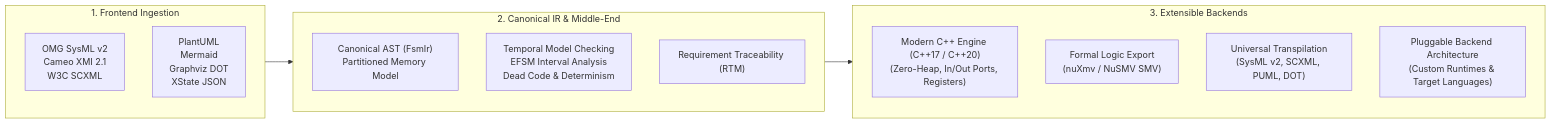
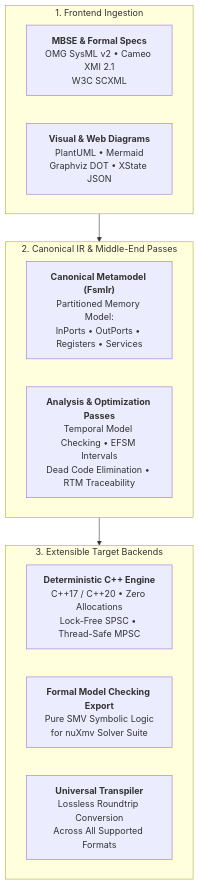
Before and after one commit to simoneCavalleri/fsmc: the diagram in README.md, drawn with Mermaid.

Commit message:
docs(readme): render Welcome architecture diagram vertically with balanced text wrapping

````diff
--- a/README.md
+++ b/README.md
@@ -30,23 +30,21 @@
 ```mermaid
-flowchart LR
+flowchart TD
     subgraph Ingestion["1. Frontend Ingestion"]
-        SysML["OMG SysML v2<br/>Cameo XMI 2.1<br/>W3C SCXML"]
-        Diagrams["PlantUML<br/>Mermaid<br/>Graphviz DOT<br/>XState JSON"]
+        SysML["<b>MBSE & Formal Specs</b><br/>OMG SysML v2 • Cameo XMI 2.1<br/>W3C SCXML"]
+        Diagrams["<b>Visual & Web Diagrams</b><br/>PlantUML • Mermaid<br/>Graphviz DOT • XState JSON"]
     end
 
-    subgraph Compiler["2. Canonical IR & Middle-End"]
-        IR["Canonical AST (FsmIr)<br/>Partitioned Memory Model"]
-        Verify["Temporal Model Checking<br/>EFSM Interval Analysis<br/>Dead Code & Determinism"]
-        RTM["Requirement Traceability (RTM)"]
+    subgraph Compiler["2. Canonical IR & Middle-End Passes"]
+        IR["<b>Canonical Metamodel (FsmIr)</b><br/>Partitioned Memory Model:<br/>InPorts • OutPorts • Registers • Services"]
+        Passes["<b>Analysis & Optimization Passes</b><br/>Temporal Model Checking • EFSM Intervals<br/>Dead Code Elimination • RTM Traceability"]
     end
 
-    subgraph Targets["3. Extensible Backends"]
-        CPP["Modern C++ Engine (C++17 / C++20)<br/>(Zero-Heap, In/Out Ports, Registers)"]
-        SMV["Formal Logic Export<br/>(nuXmv / NuSMV SMV)"]
-        Transpile["Universal Transpilation<br/>(SysML v2, SCXML, PUML, DOT)"]
-        Extensible["Pluggable Backend Architecture<br/>(Custom Runtimes & Target Languages)"]
+    subgraph Targets["3. Extensible Target Backends"]
+        CPP["<b>Deterministic C++ Engine</b><br/>C++17 / C++20 • Zero Allocations<br/>Lock-Free SPSC • Thread-Safe MPSC"]
+        SMV["<b>Formal Model Checking Export</b><br/>Pure SMV Symbolic Logic<br/>for nuXmv Solver Suite"]
+        Transpile["<b>Universal Transpiler</b><br/>Lossless Roundtrip Conversion<br/>Across All Supported Formats"]
     end
 
     Ingestion --> Compiler
     Compiler --> Targets
 ```
````
